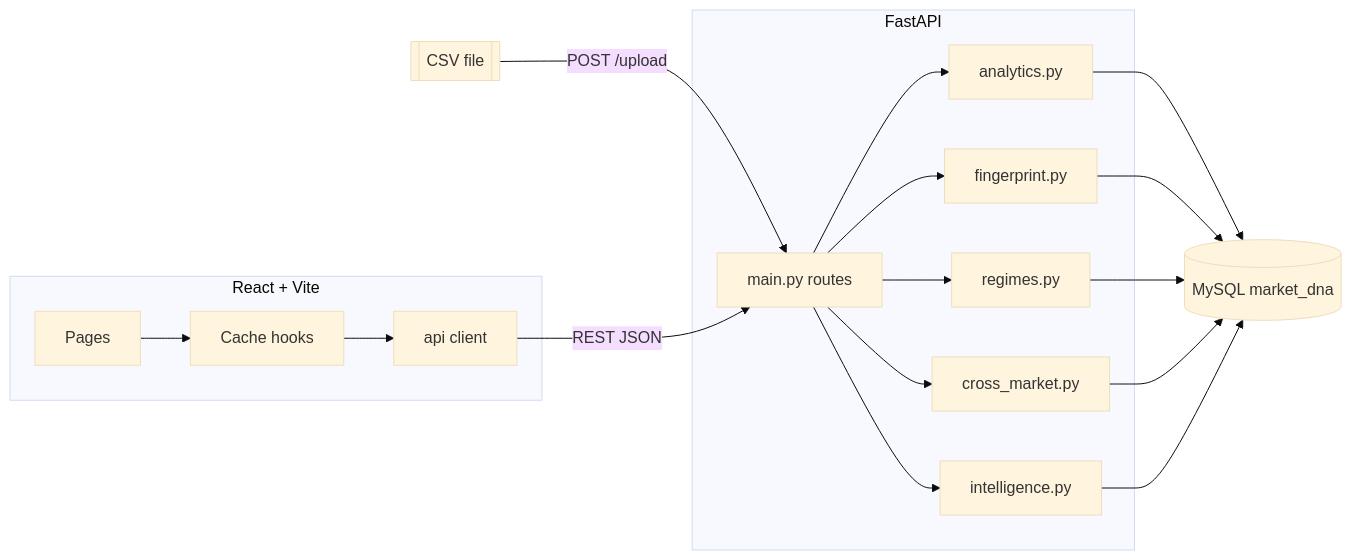
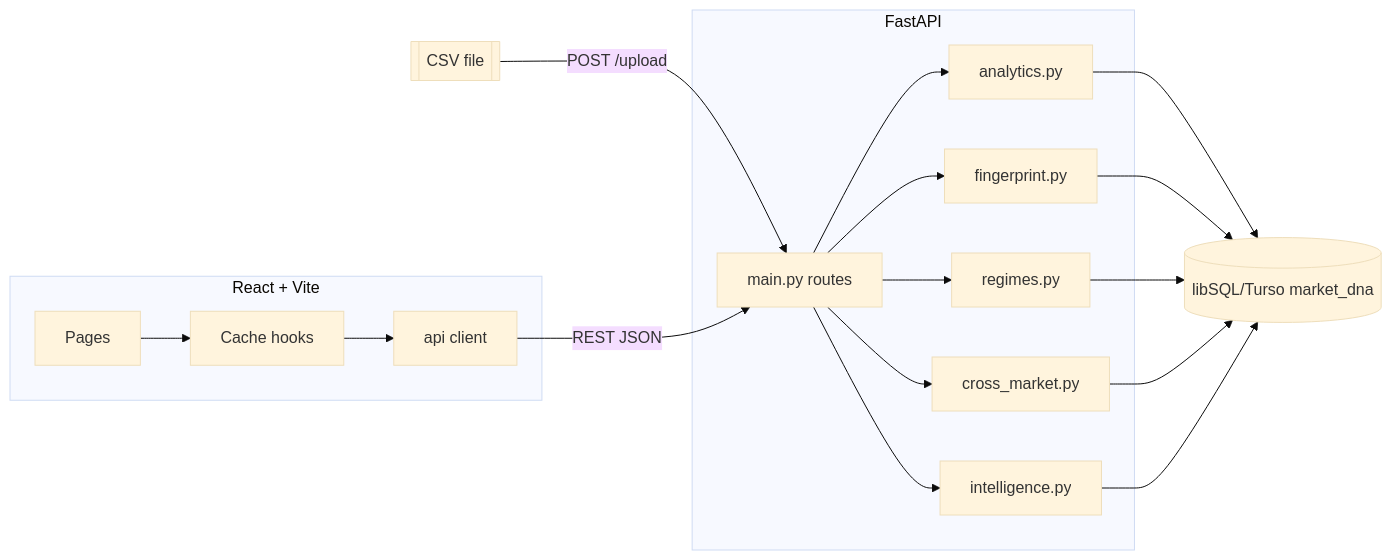
Before and after one commit to finprix/quant: the diagram in docs/architecture.md, drawn with Mermaid (base theme). The commit also changed other lines of this file and 18 other files, not shown here.

Commit message:
Migrate persistence to Turso/libSQL with live quotes and AI resilience

````diff
--- a/docs/architecture.md
+++ b/docs/architecture.md
@@ -151,22 +151,22 @@
 ```mermaid
 flowchart LR
     subgraph Frontend[React + Vite]
         UI[Pages] --> HOOKS[Cache hooks]
         HOOKS --> API[api client]
     end
     subgraph Backend[FastAPI]
         MAIN[main.py routes] --> ANALYTICS[analytics.py]
         MAIN --> FP[fingerprint.py]
         MAIN --> REG[regimes.py]
         MAIN --> XM[cross_market.py]
         MAIN --> INTEL[intelligence.py]
     end
-    DB[(MySQL market_dna)]
+    DB[(libSQL/Turso market_dna)]
     CSV[[CSV file]] -->|POST /upload| MAIN
     API -->|REST JSON| MAIN
     ANALYTICS --> DB
     FP --> DB
     REG --> DB
     XM --> DB
     INTEL --> DB
 ```
````
